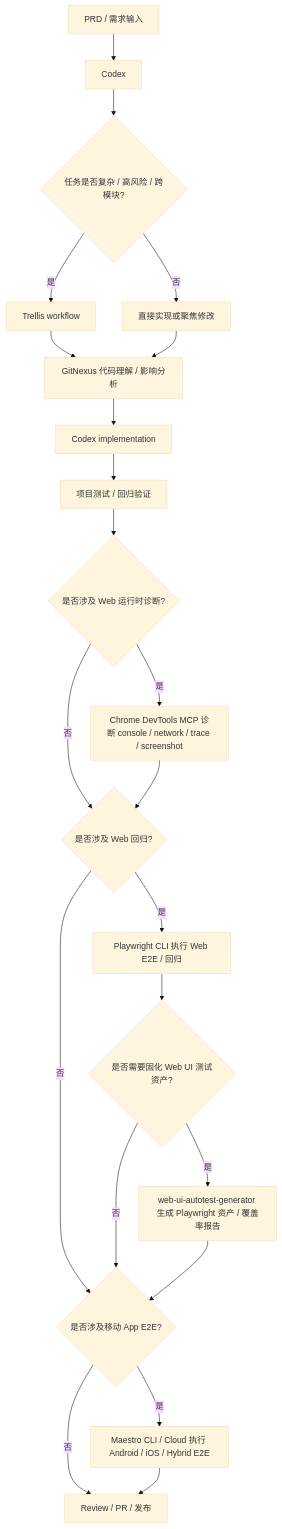
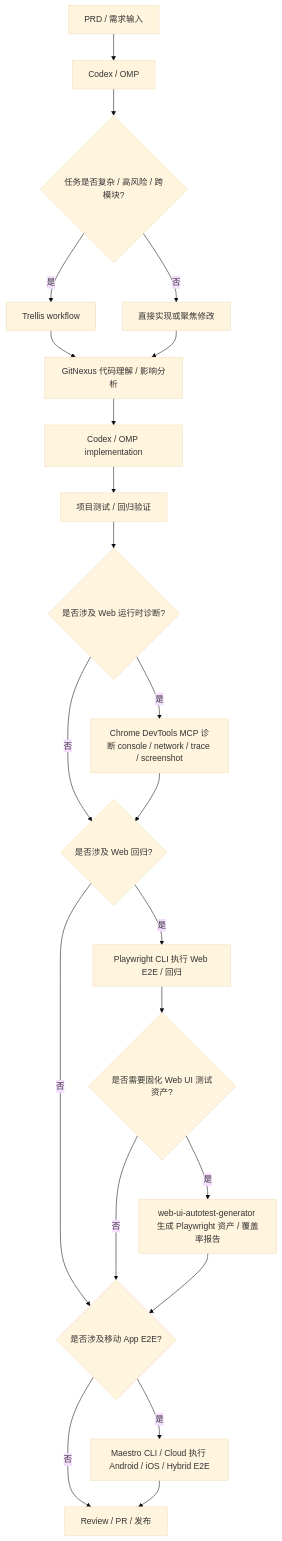
One commit to KunoLu/640-skills changed the diagram in ENTRYPOINT.md. Above: the diagram before and after it, drawn with Mermaid (base theme). The commit also changed other lines of this file and 6 other files, not shown here.

````diff
--- a/ENTRYPOINT.md
+++ b/ENTRYPOINT.md
@@ -54,24 +57,24 @@
 ```mermaid
 flowchart TD
-    A[PRD / 需求输入] --> B[Codex]
+    A[PRD / 需求输入] --> B[Codex / OMP]
     B --> C{任务是否复杂 / 高风险 / 跨模块?}
     C -- 是 --> D[Trellis workflow]
     C -- 否 --> E[直接实现或聚焦修改]
     D --> F[GitNexus 代码理解 / 影响分析]
     E --> F
-    F --> G[Codex implementation]
+    F --> G[Codex / OMP implementation]
     G --> H[项目测试 / 回归验证]
     H --> I{是否涉及 Web 运行时诊断?}
     I -- 是 --> J[Chrome DevTools MCP 诊断 console / network / trace / screenshot]
     I -- 否 --> K{是否涉及 Web 回归?}
     J --> K
     K -- 是 --> L[Playwright CLI 执行 Web E2E / 回归]
     K -- 否 --> M{是否涉及移动 App E2E?}
     L --> N{是否需要固化 Web UI 测试资产?}
     N -- 是 --> O[web-ui-autotest-generator 生成 Playwright 资产 / 覆盖率报告]
     N -- 否 --> M
     O --> M
     M -- 是 --> P[Maestro CLI / Cloud 执行 Android / iOS / Hybrid E2E]
     M -- 否 --> Q[Review / PR / 发布]
     P --> Q
 ```
````
